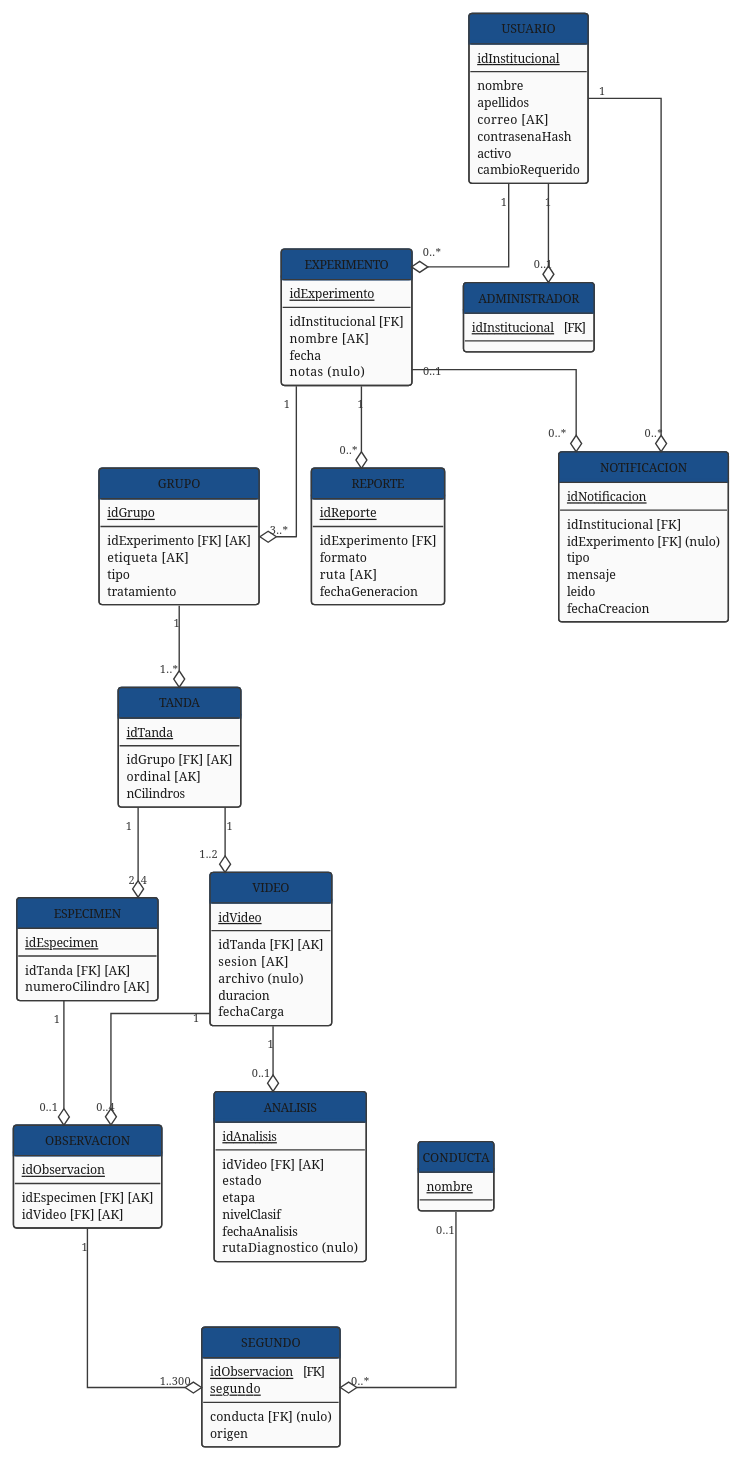
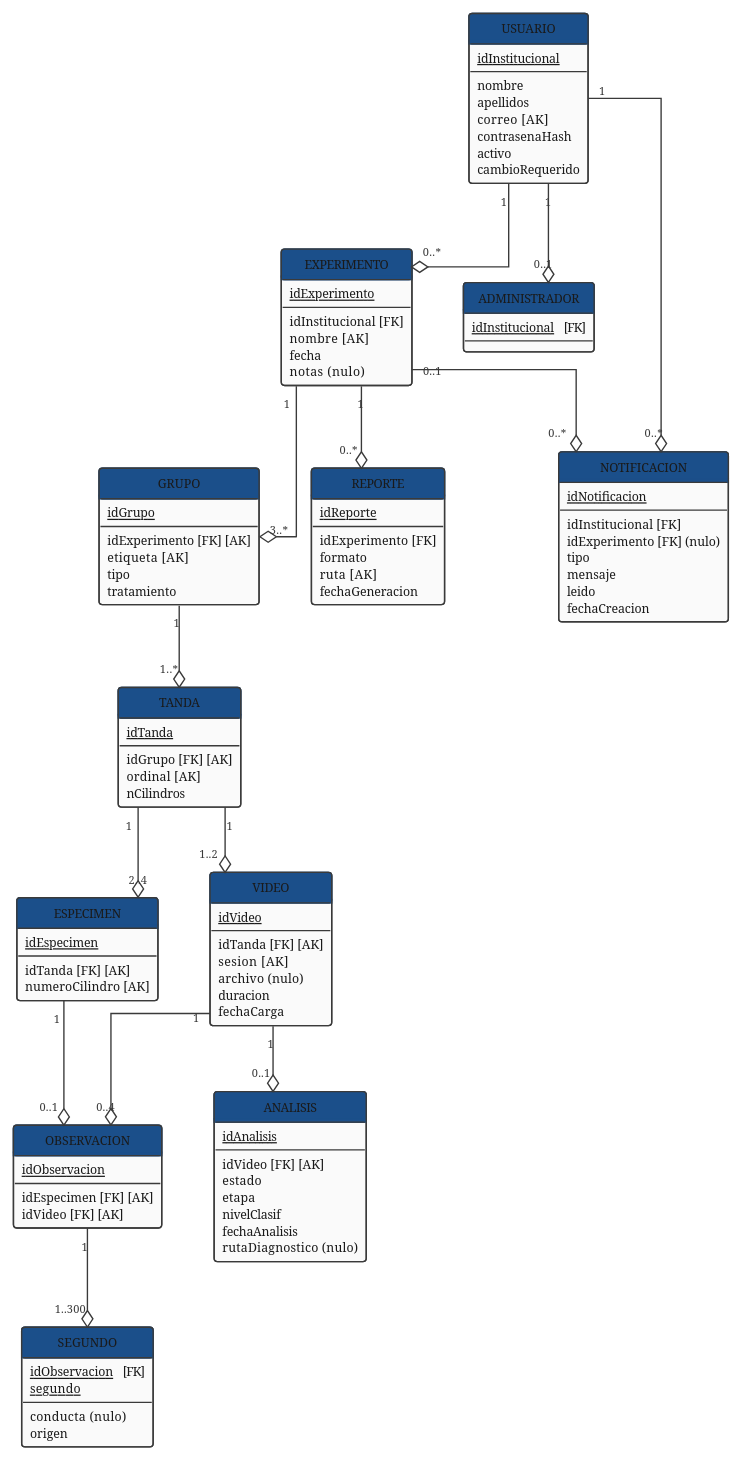
One commit to ErickJester/fst-ai-system-latex changed the diagram in diagramas/grafo_relacional_3_vigente.puml. Above: the diagram before and after it, drawn with PlantUML. The commit also changed 33 other files, not shown here.

```diff
--- a/diagramas/grafo_relacional_3_vigente.puml
+++ b/diagramas/grafo_relacional_3_vigente.puml
@@ -13,10 +13,14 @@
 '  modelado como subtipo -- si el usuario no aparece aqui, es
 '  investigador simple.
 '
-'  13 relaciones - 57 atributos - 14 llaves foraneas.
+'  12 relaciones - 57 atributos - 13 llaves foraneas.
+'  (D-102, 14-oct: CONDUCTA deja de ser relacion y pasa a dominio
+'   cerrado tipo_conducta -- solo SEGUNDO la referenciaba, son cuatro
+'   valores fijos y no tiene atributos propios. Baja de 13 a 12
+'   relaciones, de 58 a 57 atributos y de 14 a 13 llaves foraneas)
 '  (D-52, 14-oct: se quitaron INTERVALO y PRESENTA -- los segundos por
 '   conducta de cada minuto se calculan desde SEGUNDO, no se guardan.
-'   Baja de 15 a 13 relaciones, de 63 a 57 atributos y de 17 a 14
+'   Baja de 15 a 13 relaciones, de 64 (con rutaDiagnostico) a 58 atributos y de 17 a 14
 '   llaves foraneas)
 '  (D-55, 6-oct: se quito ESPECIMEN.numeroRata -- el sistema no
 '   necesita identificar a cada rata por su numero del laboratorio;
@@ -58,7 +62,7 @@
 '                         instancia (modulo 1, RN-11), no plantilla.
 '                         Si algun dia se vuelven plantilla pura,
 '                         el texto debe mudarse a un catalogo
-'                         TIPO_NOTIFICACION, como CONDUCTA.
+'                         TIPO_NOTIFICACION.
 '  ruta -> formato        en REPORTE. Si se cumple (la extension del
 '                         archivo), pero 'ruta' es clave candidata,
 '                         asi que no viola BCNF.
@@ -191,15 +195,11 @@
   idVideo   [FK] [AK]
 }
 
-class CONDUCTA {
-  <u>nombre</u>
-}
-
 class SEGUNDO {
   <u>idObservacion</u>   [FK]
   <u>segundo</u>
   --
-  conducta   [FK] (nulo)
+  conducta   (nulo)
   origen
 }
 
@@ -245,7 +245,6 @@
 VIDEO          "1" --o "0..4" OBSERVACION
 ' D-54: 300 es un maximo, sin minimo (los ultimos 300 s del video)
 OBSERVACION    "1" --o "1..300" SEGUNDO
-CONDUCTA       "0..1" --o "0..*" SEGUNDO
 EXPERIMENTO    "1" --o "0..*" REPORTE
 USUARIO        "1" --o "0..*" NOTIFICACION
 EXPERIMENTO    "0..1" --o "0..*" NOTIFICACION
```
